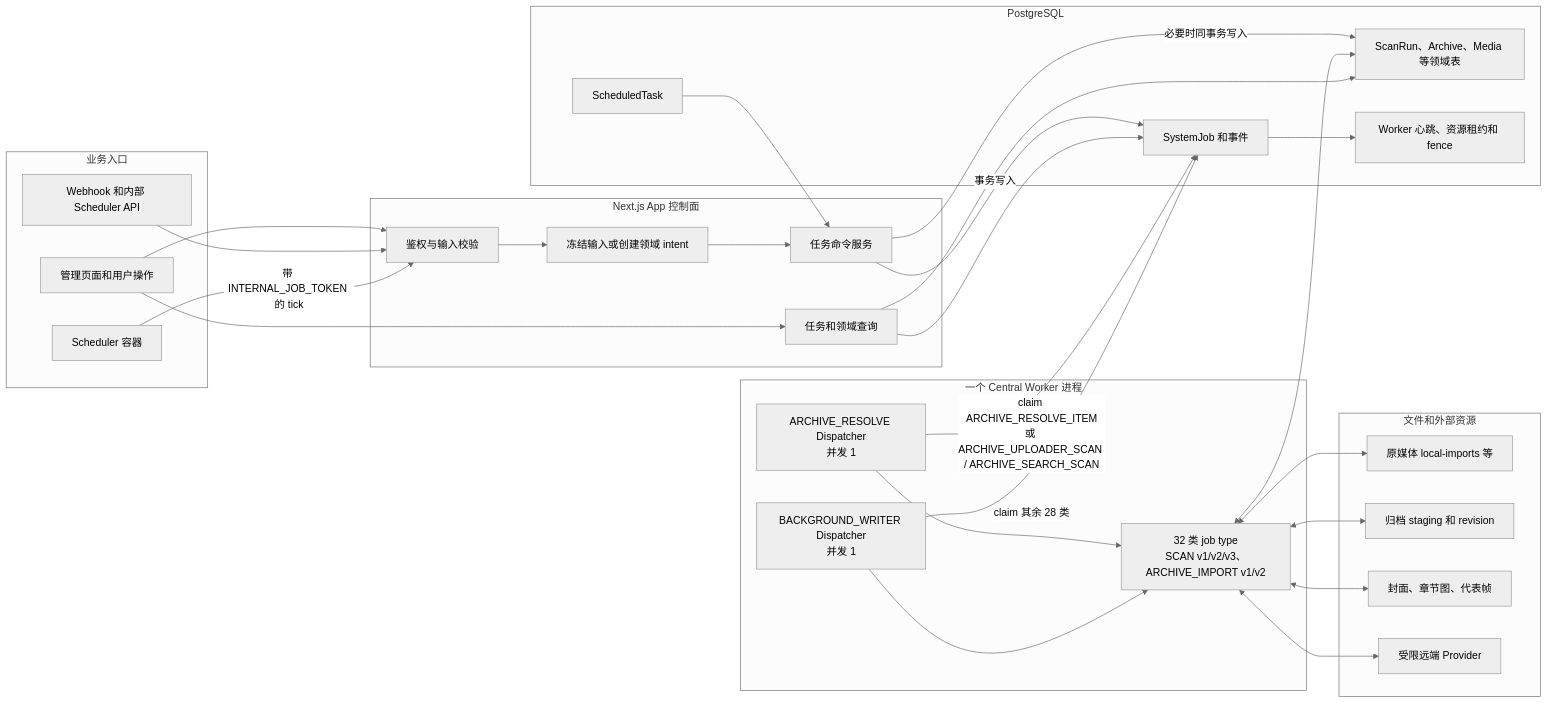
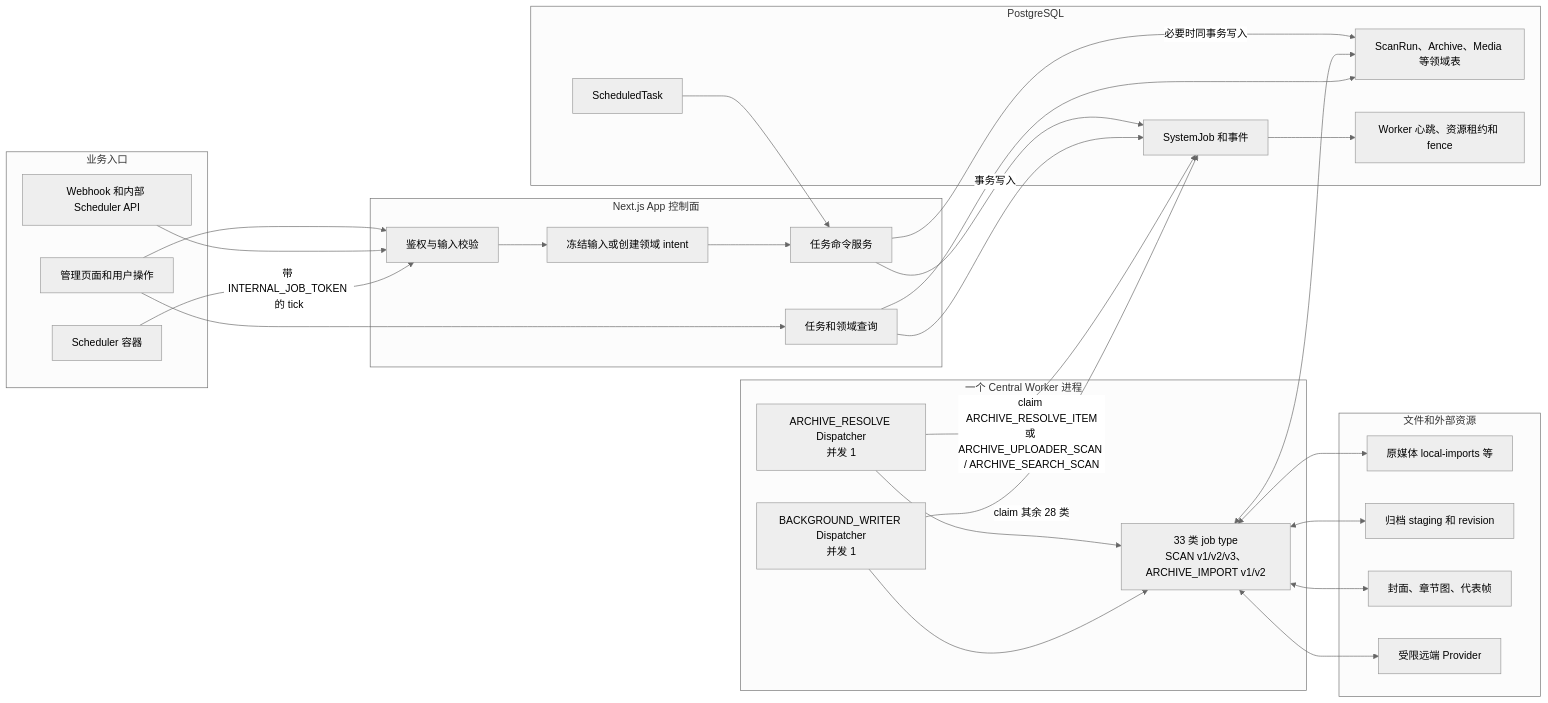
The first of 12 diagrams in docs/architecture/background-job-business-flows.md (namehu/PixiShelf), drawn with Mermaid (neutral theme) before and after one commit. The commit also changed other lines of this file and 114 other files, not shown here.

First line of the commit message:
feat(animation): 新增 WebP 动图时长探测与播放进度

````diff
--- a/docs/architecture/background-job-business-flows.md
+++ b/docs/architecture/background-job-business-flows.md
@@ -50,56 +50,56 @@
 ```mermaid
 flowchart LR
   subgraph Entry[业务入口]
     UI[管理页面和用户操作]
     API[Webhook 和内部 Scheduler API]
     SCH[Scheduler 容器]
   end
 
   subgraph App[Next.js App 控制面]
     AUTH[鉴权与输入校验]
     SNAP[冻结输入或创建领域 intent]
     CMD[任务命令服务]
     READ[任务和领域查询]
   end
 
   subgraph DB[PostgreSQL]
     TASK[ScheduledTask]
     JOB[SystemJob 和事件]
     DOMAIN[ScanRun、Archive、Media 等领域表]
     LEASE[Worker 心跳、资源租约和 fence]
   end
 
   subgraph Worker[一个 Central Worker 进程]
     RESOLVE[ARCHIVE_RESOLVE Dispatcher\n并发 1]
     WRITER[BACKGROUND_WRITER Dispatcher\n并发 1]
-    EXEC[32 类 job type\nSCAN v1/v2/v3、ARCHIVE_IMPORT v1/v2]
+    EXEC[33 类 job type\nSCAN v1/v2/v3、ARCHIVE_IMPORT v1/v2]
   end
 
   subgraph Storage[文件和外部资源]
     SOURCE[原媒体 local-imports 等]
     ARCHIVE[归档 staging 和 revision]
     DERIVED[封面、章节图、代表帧]
     REMOTE[受限远端 Provider]
   end
 
   UI --> AUTH
   API --> AUTH
   SCH -->|带 INTERNAL_JOB_TOKEN 的 tick| AUTH
   AUTH --> SNAP --> CMD
   TASK --> CMD
   CMD -->|事务写入| JOB
   CMD -->|必要时同事务写入| DOMAIN
   RESOLVE -->|claim ARCHIVE_RESOLVE_ITEM\n或 ARCHIVE_UPLOADER_SCAN / ARCHIVE_SEARCH_SCAN| JOB
   WRITER -->|claim 其余 28 类| JOB
   JOB --> LEASE
   RESOLVE --> EXEC
   WRITER --> EXEC
   EXEC <--> DOMAIN
   EXEC <--> SOURCE
   EXEC <--> ARCHIVE
   EXEC <--> DERIVED
   EXEC <--> REMOTE
   READ --> JOB
   READ --> DOMAIN
   UI --> READ
 ```
````
